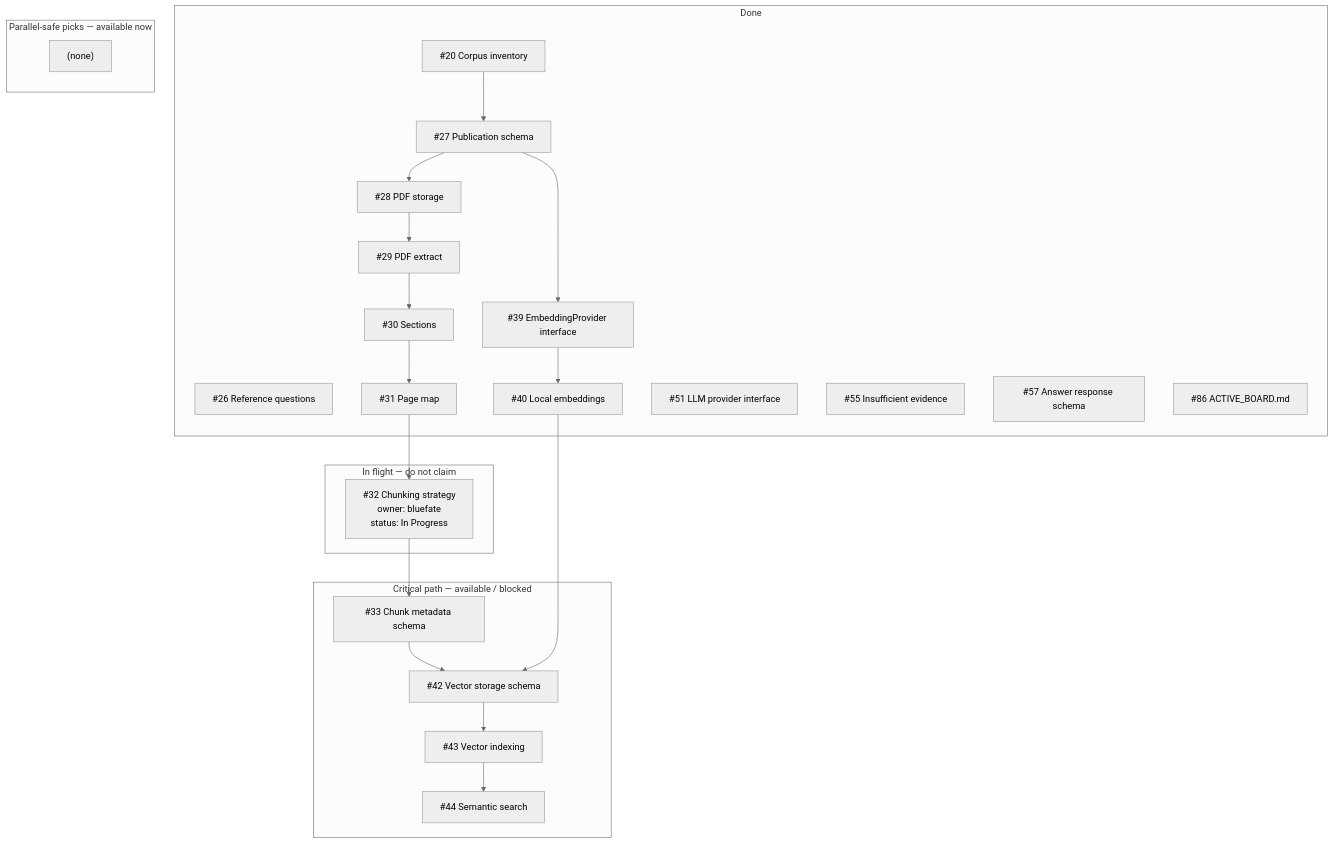
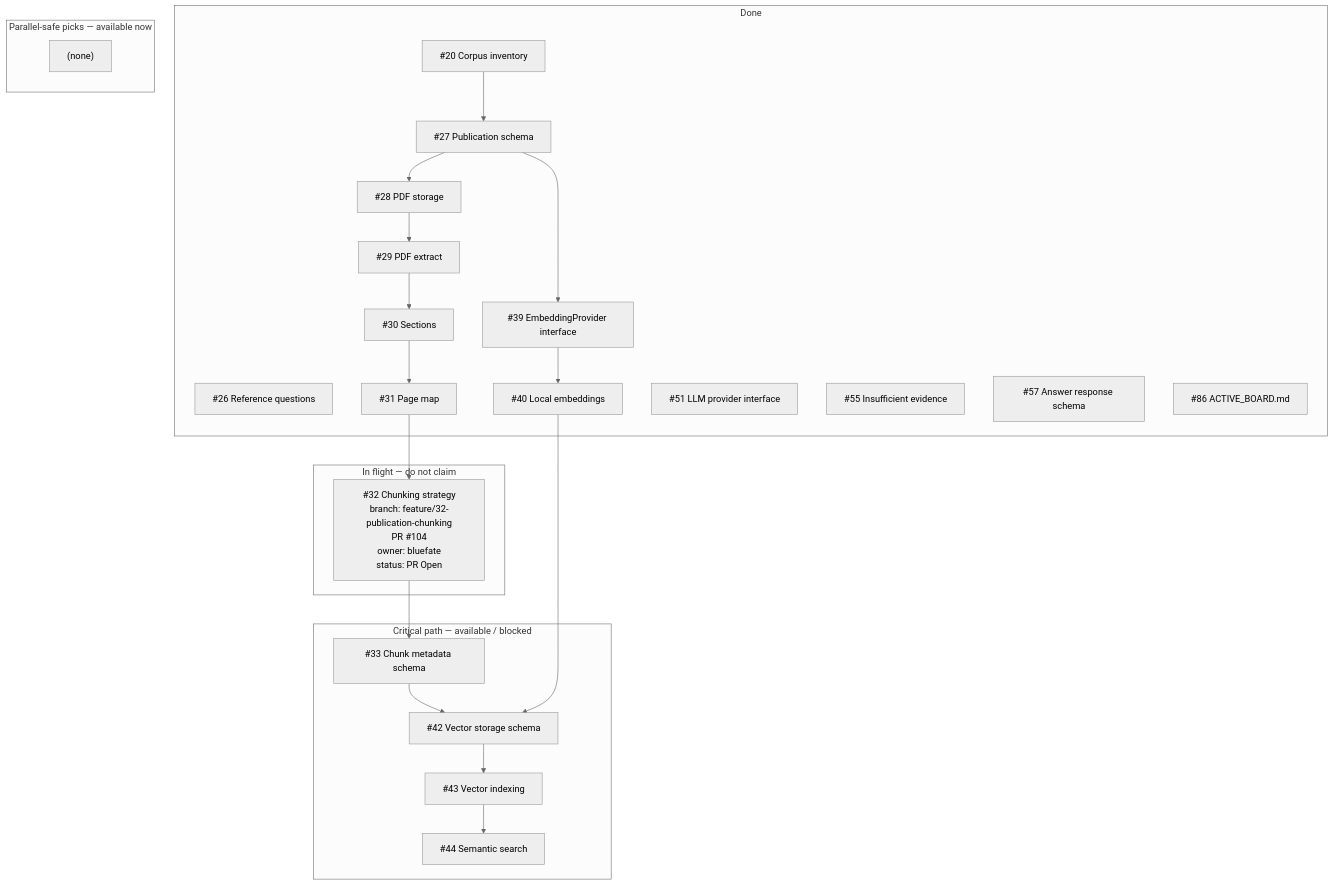
One commit to bluefate/spacebio-evidence-engine changed the diagram in docs/development/ACTIVE_BOARD.md. Above: the diagram before and after it, drawn with Mermaid (neutral theme). The commit also changed other lines of this file, not shown here.

Commit message:
chore: refresh ACTIVE_BOARD after opening #32 PR

````diff
--- a/docs/development/ACTIVE_BOARD.md
+++ b/docs/development/ACTIVE_BOARD.md
@@ -62,43 +62,43 @@
 ```mermaid
 flowchart TB
   subgraph done [Done]
     i20["#20 Corpus inventory"]
     i26["#26 Reference questions"]
     i27["#27 Publication schema"]
     i28["#28 PDF storage"]
     i29["#29 PDF extract"]
     i30["#30 Sections"]
     i31["#31 Page map"]
     i39["#39 EmbeddingProvider interface"]
     i40["#40 Local embeddings"]
     i51["#51 LLM provider interface"]
     i55["#55 Insufficient evidence"]
     i57["#57 Answer response schema"]
     i86["#86 ACTIVE_BOARD.md"]
   end
   subgraph inflight [In flight — do not claim]
-    i32["#32 Chunking strategy<br/>owner: bluefate<br/>status: In Progress"]
+    i32["#32 Chunking strategy<br/>branch: feature/32-publication-chunking<br/>PR #104<br/>owner: bluefate<br/>status: PR Open"]
   end
   subgraph nextCritical [Critical path — available / blocked]
     i33["#33 Chunk metadata schema"]
     i42["#42 Vector storage schema"]
     i43["#43 Vector indexing"]
     i44["#44 Semantic search"]
   end
   subgraph nextParallel [Parallel-safe picks — available now]
     nextParallel_empty["(none)"]
   end
   i20 --> i27
   i27 --> i28
   i28 --> i29
   i29 --> i30
   i30 --> i31
   i31 --> i32
   i32 --> i33
   i33 --> i42
   i27 --> i39
   i39 --> i40
   i40 --> i42
   i42 --> i43
   i43 --> i44
 ```
````
